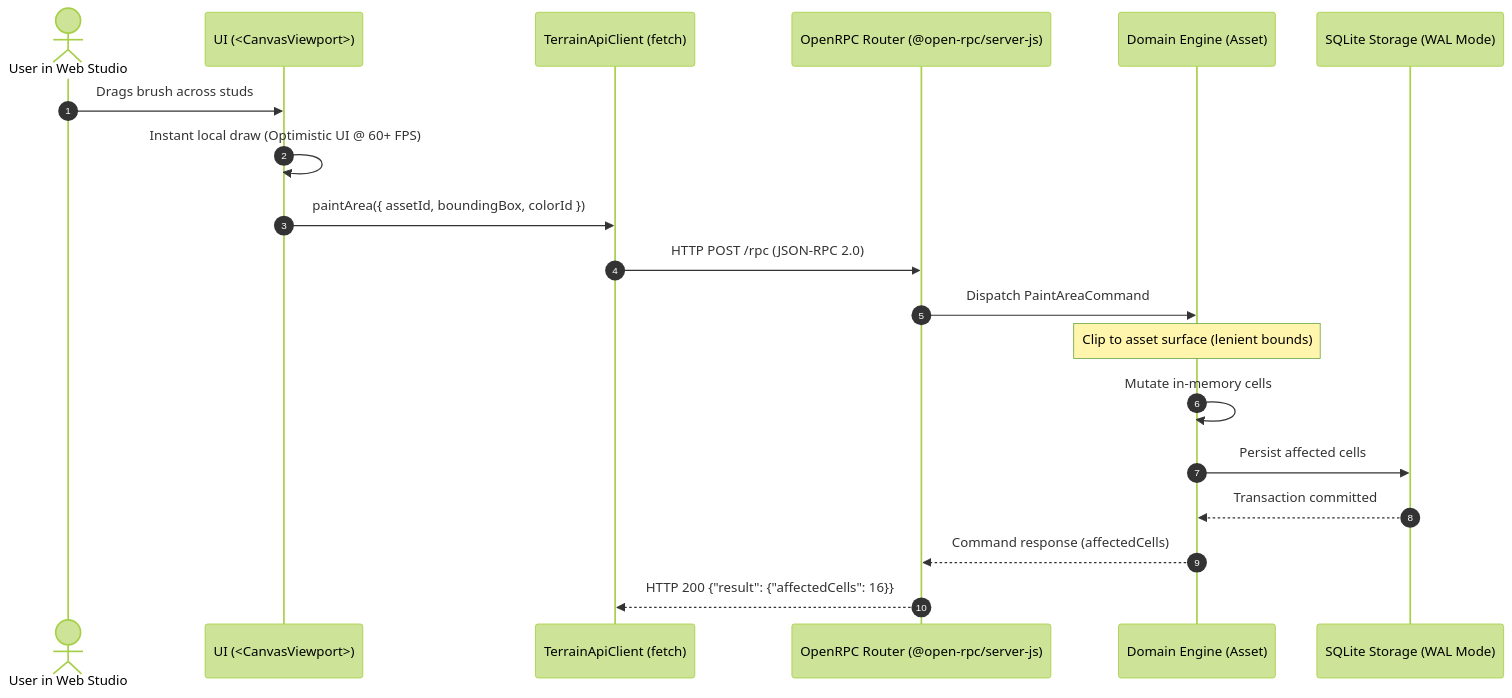
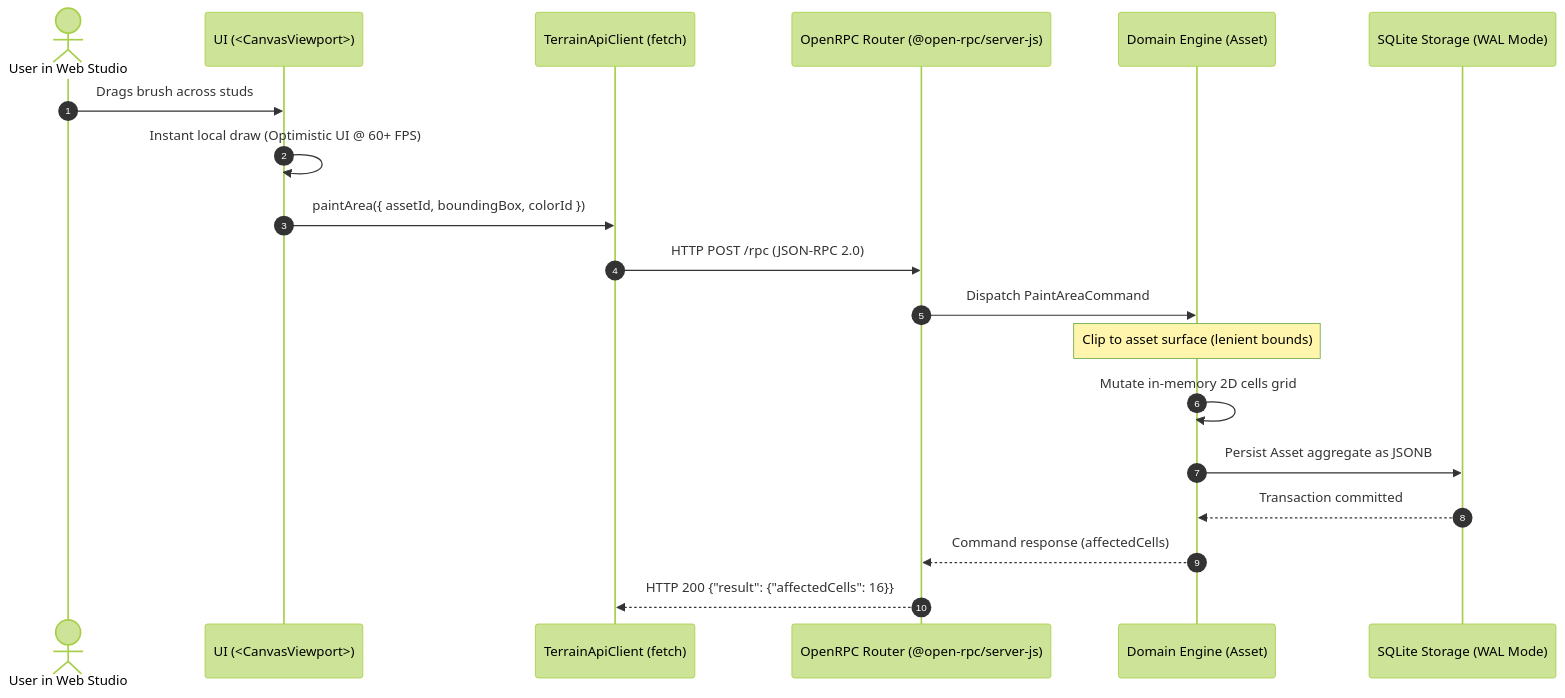
The first of 2 diagrams in specs/architecture/data_flows.md (alexandremenif/brick-wargame-terrain-studio), drawn with Mermaid (forest theme) before and after one commit. The commit also changed other lines of this file and 46 other files, not shown here.

Commit message:
feat: migrate asset persistence to single-table JSONB and 2D cells matrix

````diff
--- a/specs/architecture/data_flows.md
+++ b/specs/architecture/data_flows.md
@@ -11,22 +11,22 @@
 ```mermaid
 sequenceDiagram
   autonumber
   actor User as User in Web Studio
   participant Canvas as UI (<CanvasViewport>)
   participant Api as TerrainApiClient (fetch)
   participant Router as OpenRPC Router (@open-rpc/server-js)
   participant Domain as Domain Engine (Asset)
   participant Store as SQLite Storage (WAL Mode)
 
   User->>Canvas: Drags brush across studs
   Canvas->>Canvas: Instant local draw (Optimistic UI @ 60+ FPS)
   Canvas->>Api: paintArea({ assetId, boundingBox, colorId })
   Api->>Router: HTTP POST /rpc (JSON-RPC 2.0)
   Router->>Domain: Dispatch PaintAreaCommand
   Note over Domain: Clip to asset surface (lenient bounds)
-  Domain->>Domain: Mutate in-memory cells
-  Domain->>Store: Persist affected cells
+  Domain->>Domain: Mutate in-memory 2D cells grid
+  Domain->>Store: Persist Asset aggregate as JSONB
   Store-->>Domain: Transaction committed
   Domain-->>Router: Command response (affectedCells)
   Router-->>Api: HTTP 200 {"result": {"affectedCells": 16}}
 ```
````
